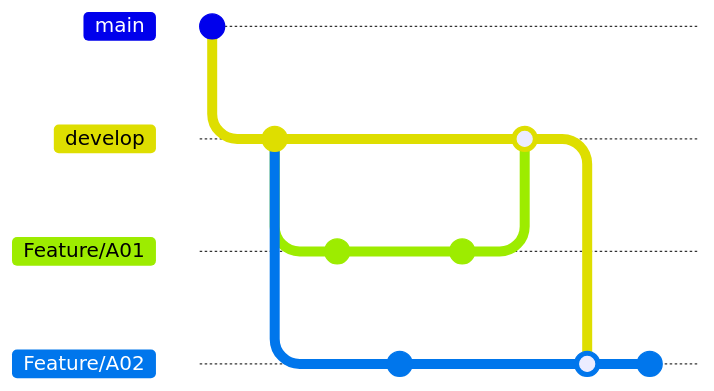
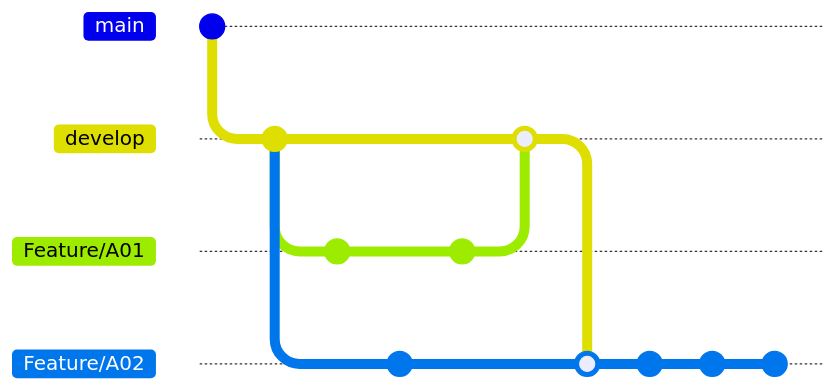
One commit to robbin0919/GITLAB changed the diagram in branching-strategy/branching-strategy01.md. Above: the diagram before and after it, drawn with Mermaid. Commit ids are hidden.

````diff
--- a/branching-strategy/branching-strategy01.md
+++ b/branching-strategy/branching-strategy01.md
@@ -1,20 +1,22 @@
 ```mermaid
   %%{init: { 'logLevel': 'debug', 'theme': 'default' } }%%
       gitGraph
       commit
       branch develop
       checkout develop
       commit
       branch Feature/A01
       commit
       checkout develop
       branch Feature/A02
       commit
       checkout  Feature/A01
       commit
       checkout develop
       merge Feature/A01
       checkout  Feature/A02
       merge develop
       commit
+      commit
+      commit
 ```      
````
